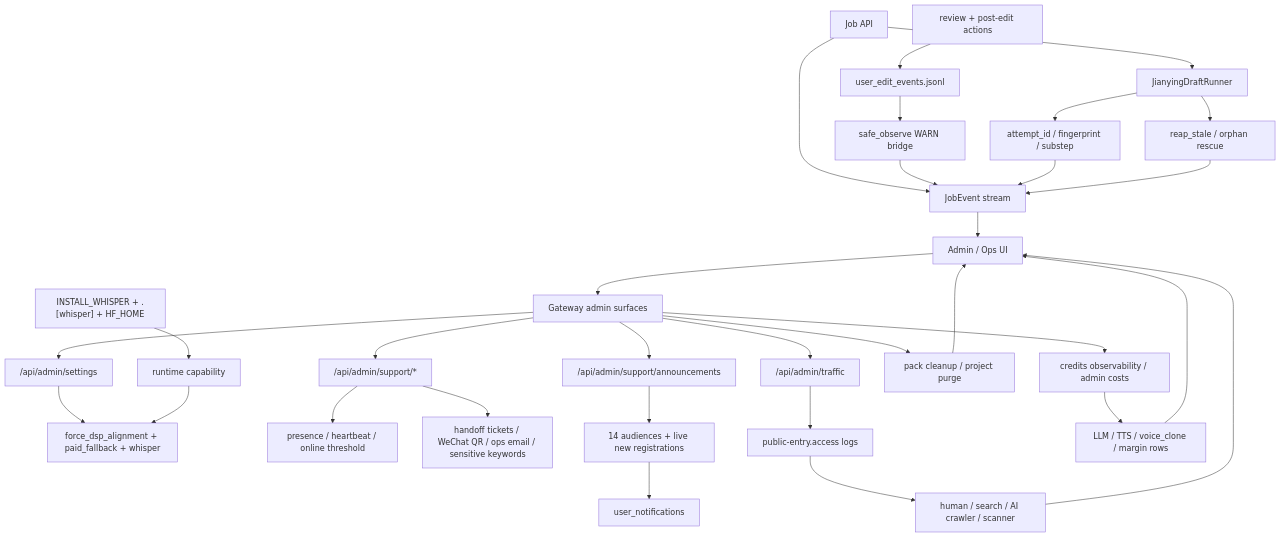
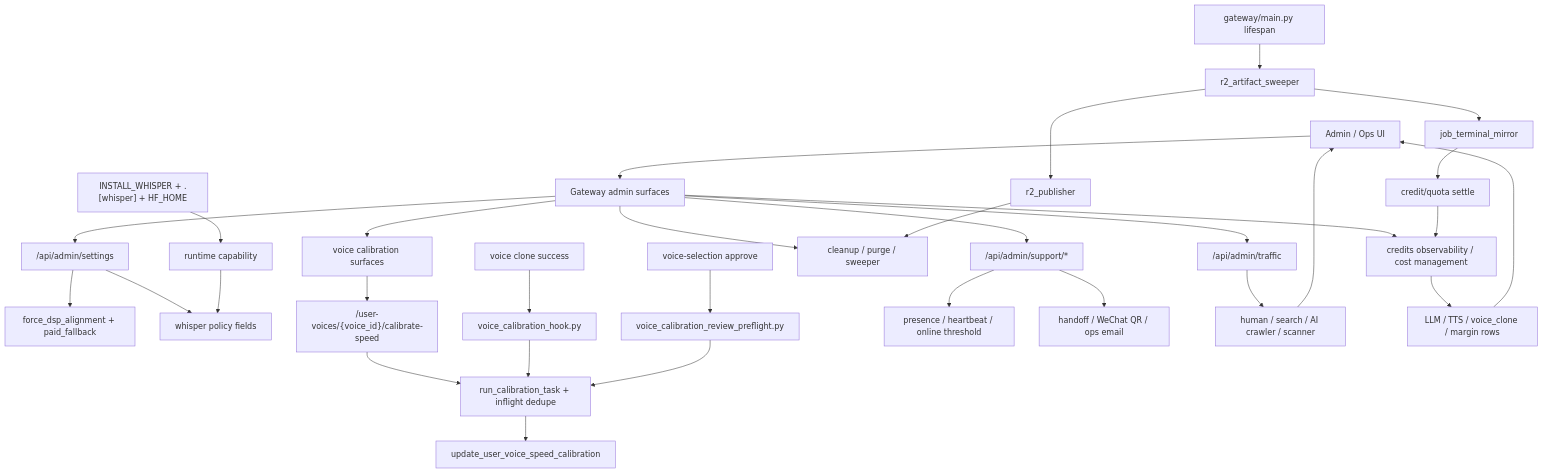
Before and after one commit to sun9bear/AITransVideo: the diagram in docs/graphs/GITNEXUS_ADMIN_OPS_CALIBRATION_GRAPH.md, drawn with Mermaid. The commit also changed other lines of this file and 5 other files, not shown here.

Commit message:
docs(graphs): refresh GitNexus graphs to 2128003

````diff
--- a/docs/graphs/GITNEXUS_ADMIN_OPS_CALIBRATION_GRAPH.md
+++ b/docs/graphs/GITNEXUS_ADMIN_OPS_CALIBRATION_GRAPH.md
@@ -18,40 +16,38 @@
 ```mermaid
 graph TD
     AdminUI["Admin / Ops UI"] --> Gateway["Gateway admin surfaces"]
     Gateway --> Settings["/api/admin/settings"]
+    Gateway --> VoiceOps["voice calibration surfaces"]
     Gateway --> SupportAdmin["/api/admin/support/*"]
-    Gateway --> Announcements["/api/admin/support/announcements"]
     Gateway --> Traffic["/api/admin/traffic"]
-    Gateway --> Credits["credits observability / admin costs"]
-    Gateway --> Cleanup["pack cleanup / project purge"]
+    Gateway --> Costs["credits observability / cost management"]
+    Gateway --> Cleanup["cleanup / purge / sweeper"]
 
-    Settings --> AlignPolicy["force_dsp_alignment + paid_fallback + whisper"]
+    Settings --> AlignPolicy["force_dsp_alignment + paid_fallback"]
+    Settings --> WhisperPolicy["whisper policy fields"]
     OpsEnv["INSTALL_WHISPER + .[whisper] + HF_HOME"] --> WhisperCap["runtime capability"]
-    WhisperCap --> AlignPolicy
+    WhisperCap --> WhisperPolicy
+
+    VoiceOps --> Manual["/user-voices/{voice_id}/calibrate-speed"]
+    CloneFlow["voice clone success"] --> Hook["voice_calibration_hook.py"]
+    ReviewApprove["voice-selection approve"] --> Preflight["voice_calibration_review_preflight.py"]
+    Manual --> Inflight["run_calibration_task + inflight dedupe"]
+    Hook --> Inflight
+    Preflight --> Inflight
+    Inflight --> SpeedStore["update_user_voice_speed_calibration"]
+
+    MainLife["gateway/main.py lifespan"] --> Sweeper["r2_artifact_sweeper"]
+    Sweeper --> Mirror["job_terminal_mirror"]
+    Mirror --> Settle["credit/quota settle"]
+    Sweeper --> Publisher["r2_publisher"]
 
     SupportAdmin --> Presence["presence / heartbeat / online threshold"]
-    SupportAdmin --> Handoff["handoff tickets / WeChat QR / ops email / sensitive keywords"]
-    Announcements --> Audience["14 audiences + live new registrations"]
-    Audience --> UserNotif["user_notifications"]
+    SupportAdmin --> Handoff["handoff / WeChat QR / ops email"]
+    Traffic --> Categories["human / search / AI crawler / scanner"]
+    Costs --> CostRows["LLM / TTS / voice_clone / margin rows"]
 
-    Traffic --> CaddyLogs["public-entry.access logs"]
-    CaddyLogs --> Categories["human / search / AI crawler / scanner"]
-
-    Credits --> CostRows["LLM / TTS / voice_clone / margin rows"]
-
-    JobApi["Job API"] --> JobEvents["JobEvent stream"]
-    JobApi --> JRunner["JianyingDraftRunner"]
-    JRunner --> RunnerState["attempt_id / fingerprint / substep"]
-    JRunner --> Rescue["reap_stale / orphan rescue"]
-
-    ReviewEdit["review + post-edit actions"] --> UserEditAudit["user_edit_events.jsonl"]
-    UserEditAudit --> WarnBridge["safe_observe WARN bridge"]
-    WarnBridge --> JobEvents
-
-    RunnerState --> JobEvents
-    Rescue --> JobEvents
+    Publisher --> Cleanup
+    Settle --> Costs
     Categories --> AdminUI
     CostRows --> AdminUI
-    Cleanup --> AdminUI
-    JobEvents --> AdminUI
 ```
````
